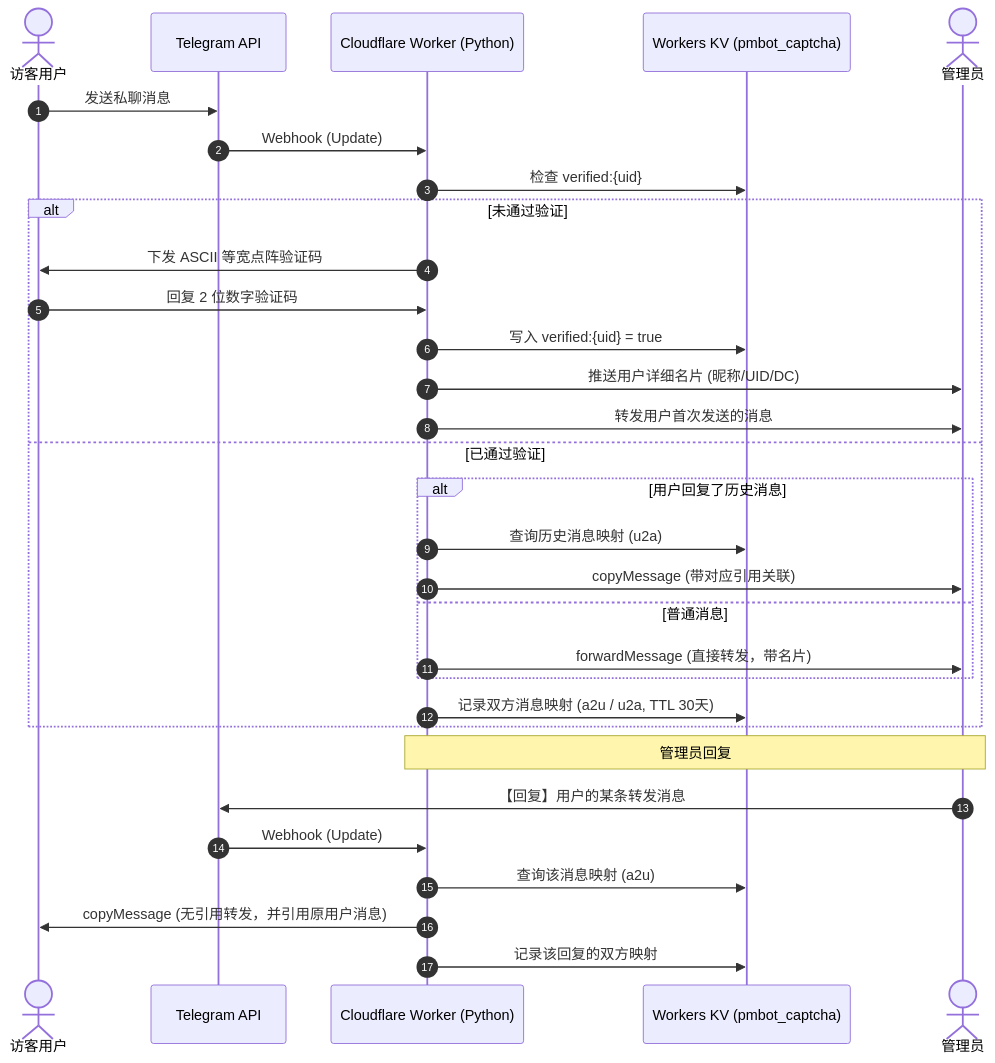
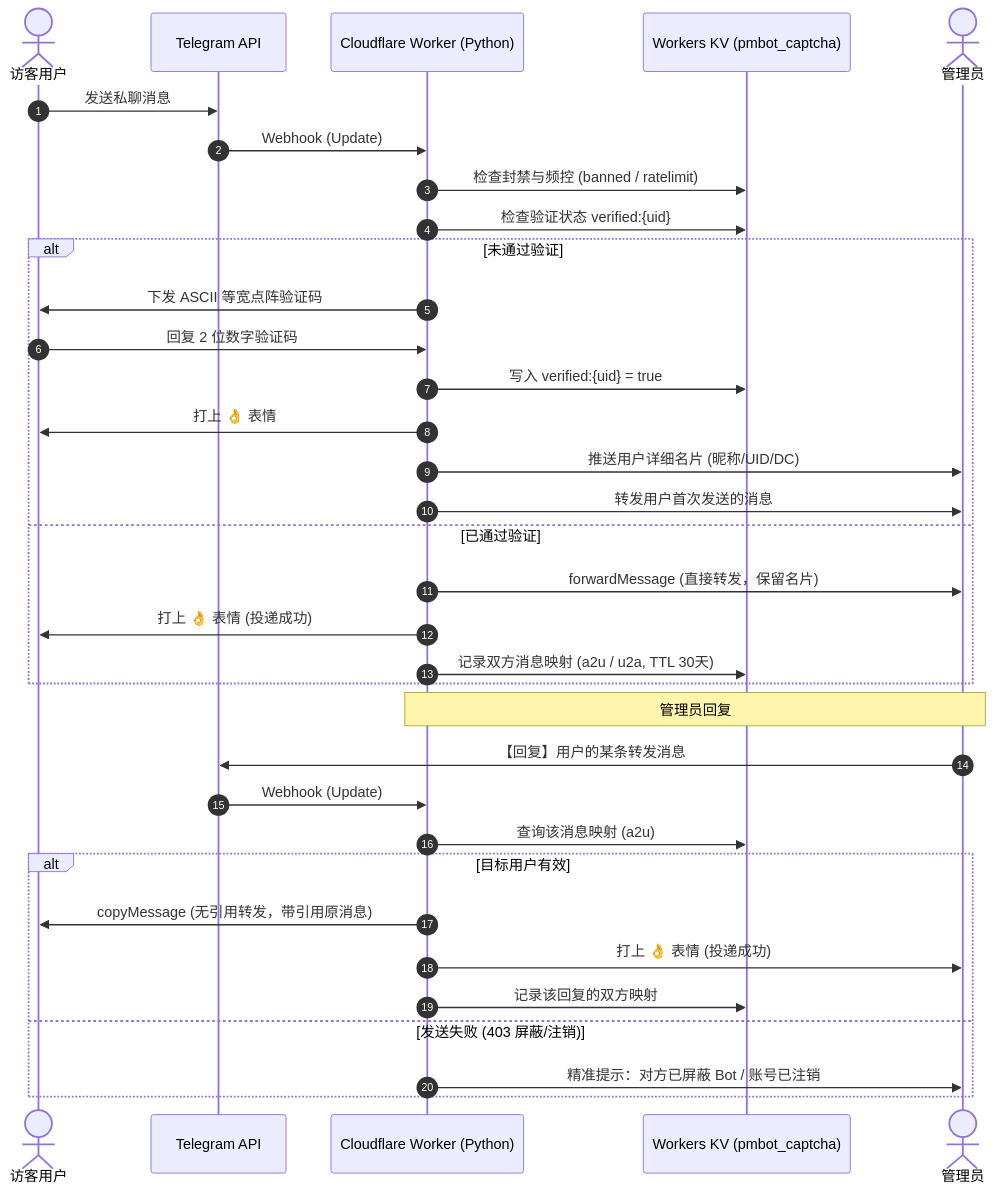
The diagram in README.md (ZGQ-inc/TG_PMbot), drawn with Mermaid before and after one commit. The commit also changed other lines of this file and 1 other file, not shown here.

````diff
--- a/README.md
+++ b/README.md
@@ -38,35 +52,38 @@
 ```mermaid
 sequenceDiagram
     autonumber
     actor User as 访客用户
     participant TG as Telegram API
     participant Worker as Cloudflare Worker (Python)
     participant KV as Workers KV (pmbot_captcha)
     actor Admin as 管理员
 
     User->>TG: 发送私聊消息
     TG->>Worker: Webhook (Update)
-    Worker->>KV: 检查 verified:{uid}
+    Worker->>KV: 检查封禁与频控 (banned / ratelimit)
+    Worker->>KV: 检查验证状态 verified:{uid}
     alt 未通过验证
         Worker->>User: 下发 ASCII 等宽点阵验证码
         User->>Worker: 回复 2 位数字验证码
         Worker->>KV: 写入 verified:{uid} = true
+        Worker->>User: 打上 👌 表情
         Worker->>Admin: 推送用户详细名片 (昵称/UID/DC)
         Worker->>Admin: 转发用户首次发送的消息
     else 已通过验证
-        alt 用户回复了历史消息
-            Worker->>KV: 查询历史消息映射 (u2a)
-            Worker->>Admin: copyMessage (带对应引用关联)
-        else 普通消息
-            Worker->>Admin: forwardMessage (直接转发，带名片)
-        end
+        Worker->>Admin: forwardMessage (直接转发，保留名片)
+        Worker->>User: 打上 👌 表情 (投递成功)
         Worker->>KV: 记录双方消息映射 (a2u / u2a, TTL 30天)
     end
 
     Note over Admin, Worker: 管理员回复
     Admin->>TG: 【回复】用户的某条转发消息
     TG->>Worker: Webhook (Update)
     Worker->>KV: 查询该消息映射 (a2u)
-    Worker->>User: copyMessage (无引用转发，并引用原用户消息)
-    Worker->>KV: 记录该回复的双方映射
+    alt 目标用户有效
+        Worker->>User: copyMessage (无引用转发，带引用原消息)
+        Worker->>Admin: 打上 👌 表情 (投递成功)
+        Worker->>KV: 记录该回复的双方映射
+    else 发送失败 (403 屏蔽/注销)
+        Worker->>Admin: 精准提示：对方已屏蔽 Bot / 账号已注销
+    end
 ```
````
